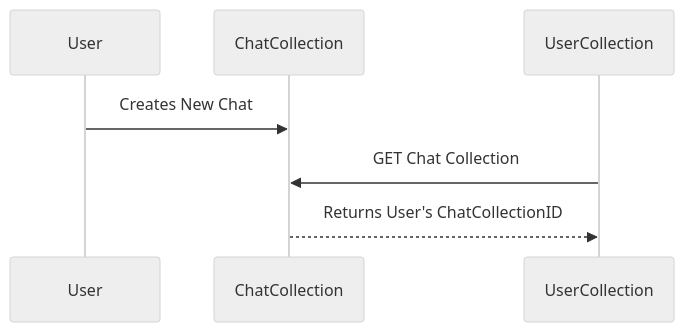
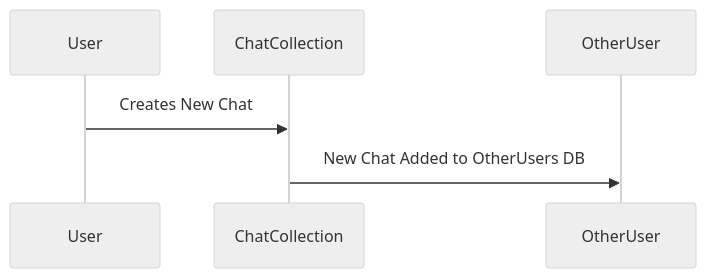
Before and after one commit to shinobiseb/chat-messenger-momo-NEXTJS: the diagram in Diagrams/ChatDataFlow.mmd, drawn with Mermaid (neutral theme). The commit also changed 7 other files, not shown here.

```diff
--- a/Diagrams/ChatDataFlow.mmd
+++ b/Diagrams/ChatDataFlow.mmd
@@ -1,4 +1,3 @@
 sequenceDiagram
     User->>ChatCollection: Creates New Chat
-    UserCollection->>ChatCollection: GET Chat Collection
-    ChatCollection-->>UserCollection: Returns User's ChatCollectionID
+    ChatCollection->>OtherUser: New Chat Added to OtherUsers DB
```
